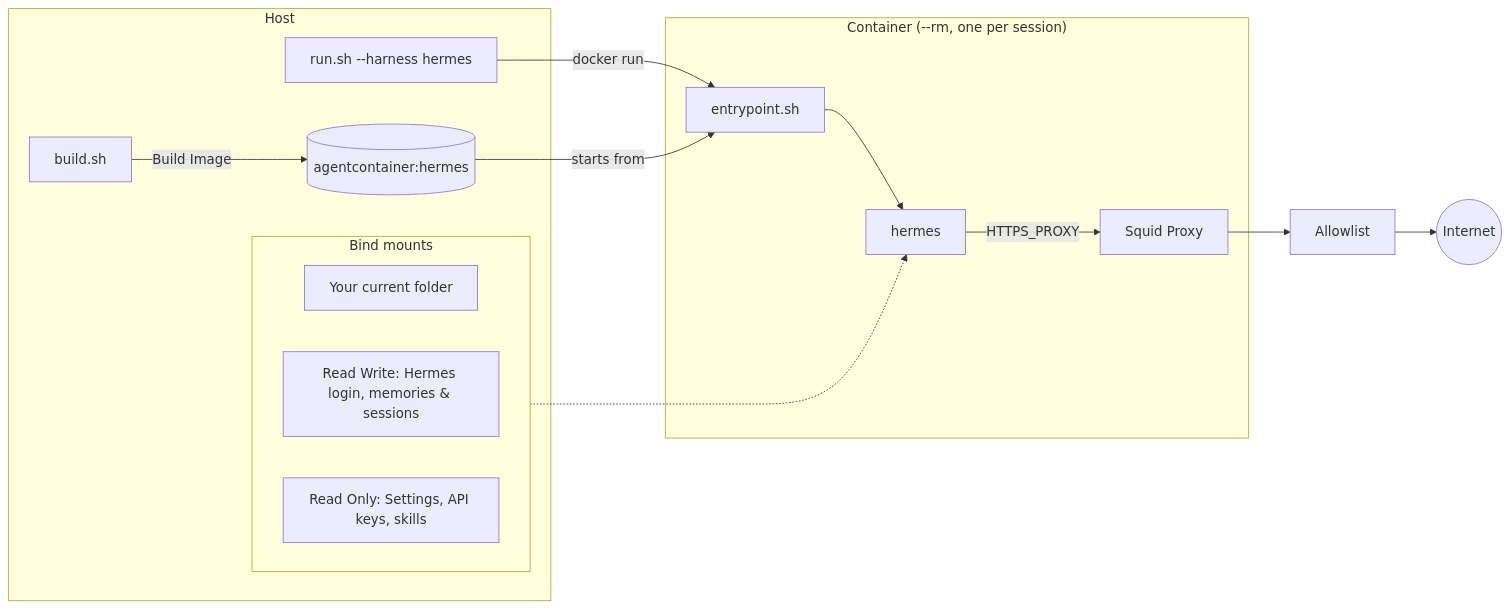
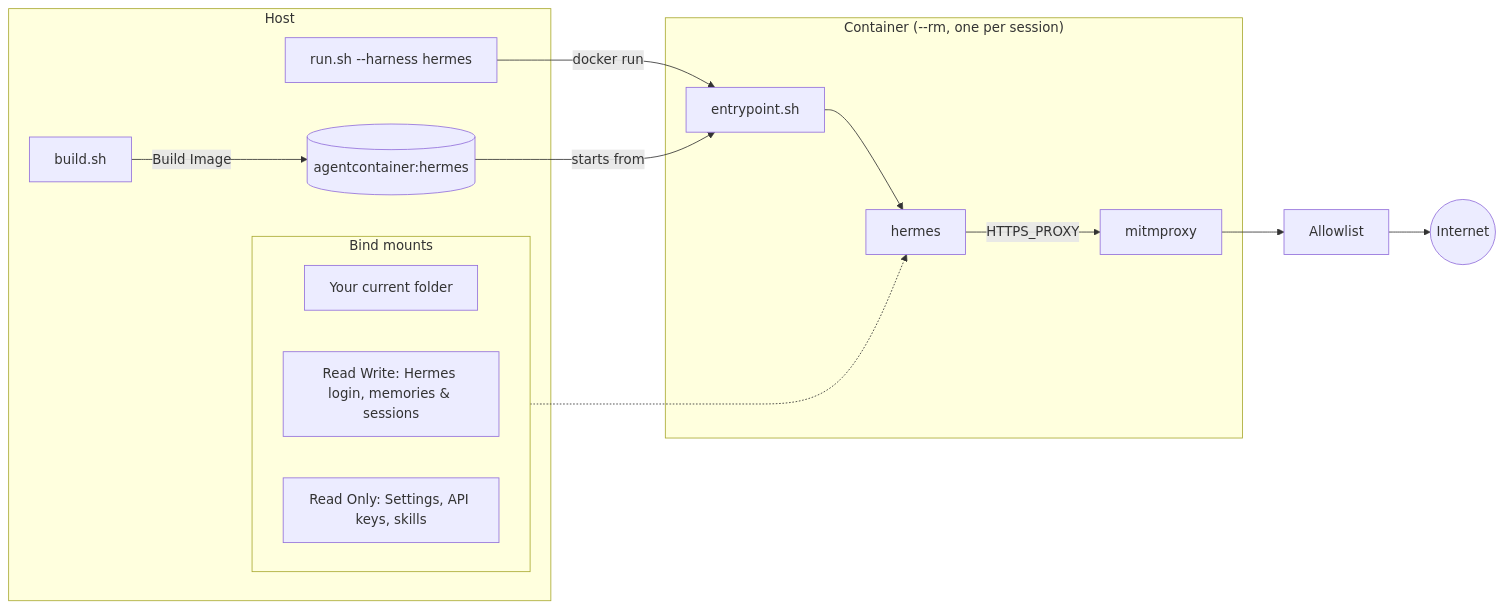
The diagram in docs/quickstart-hermes.md (WildDogOne/Agent-Container), drawn with Mermaid before and after one commit. The commit also changed other lines of this file and 29 other files, not shown here.

````diff
--- a/docs/quickstart-hermes.md
+++ b/docs/quickstart-hermes.md
@@ -109,29 +109,29 @@
 ```mermaid
 flowchart LR
     subgraph host["Host"]
         buildsh["build.sh"]
         runsh["run.sh --harness hermes"]
         image[("agentcontainer:hermes")]
         subgraph mounts["Bind mounts"]
             direction LR
             pwd["Your current folder"]
             state["Read Write: Hermes login, memories & sessions"]
             cfg["Read Only: Settings, API keys, skills"]
         end
     end
 
     subgraph ctr["Container (--rm, one per session)"]
         pid1["entrypoint.sh"]
         hermes["hermes"]
-        squid["Squid Proxy"]
+        proxy["mitmproxy"]
     end
 
     allow["Allowlist"]
     internet(("Internet"))
 
     buildsh -- "Build Image" --> image
     runsh -- "docker run" --> pid1
     image -- "starts from" --> pid1 --> hermes
     mounts -.-> hermes
-    hermes -- "HTTPS_PROXY" --> squid --> allow --> internet
+    hermes -- "HTTPS_PROXY" --> proxy --> allow --> internet
 ```
````
